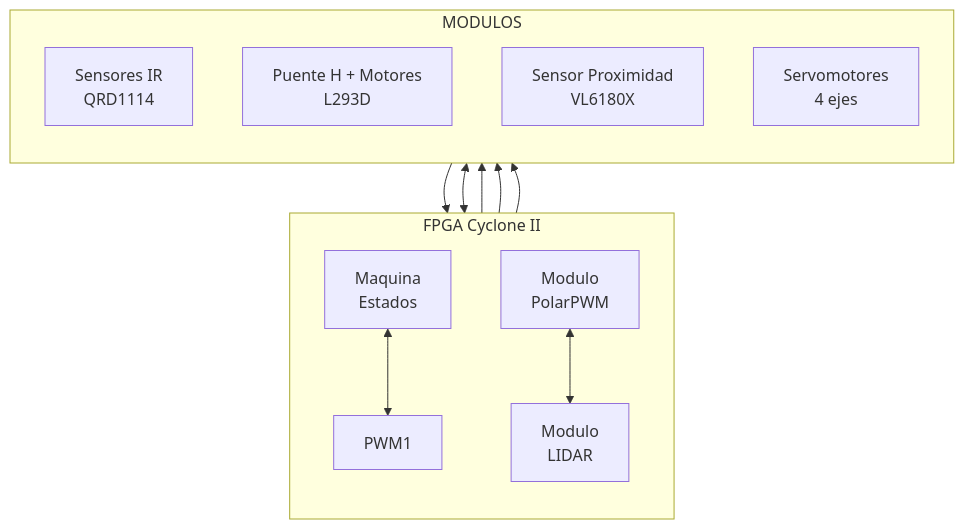
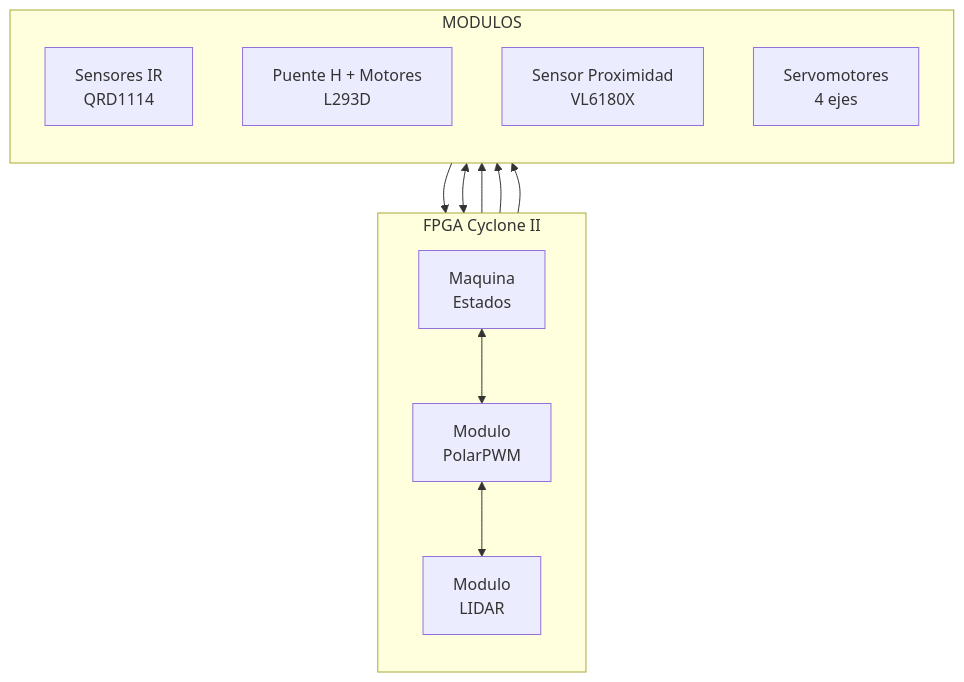
One commit to Actronix09/SeguidorLinea_Brazo changed the first of 2 diagrams in README.md. Above: the diagram before and after it, drawn with Mermaid.

````diff
--- a/README.md
+++ b/README.md
@@ -82,30 +82,30 @@
 ```mermaid
 flowchart TB
 
     subgraph FPGA["FPGA Cyclone II"]
         direction TB
 
         SM["Maquina<br/>Estados"]
         PWM["Modulo<br/>PolarPWM"]
         LIDAR["Modulo<br/>LIDAR"]
 
-        SM <--> PWM1
+        SM <--> PWM
         PWM <--> LIDAR
     end
 
     subgraph MODULOS
         direction TB
 
         IR["Sensores IR<br/>QRD1114"]
         HBRIDGE["Puente H + Motores<br/>L293D"]
         PROX["Sensor Proximidad<br/>VL6180X"]
         SERVO["Servomotores<br/>4 ejes"]
     end
 
     IR --> SM
     SM --> HBRIDGE
 
     PROX <--> LIDAR
     PWM --> SERVO
     LIDAR --> SERVO
 ```
````
